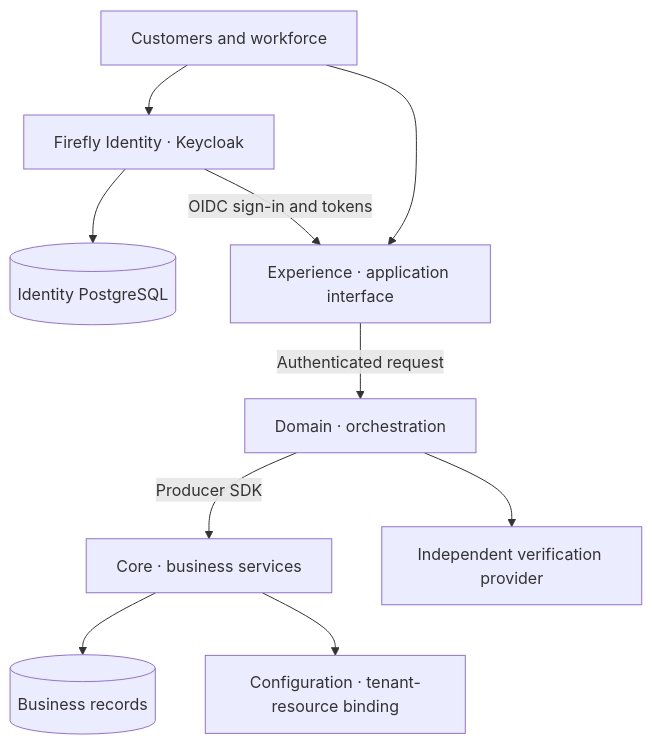
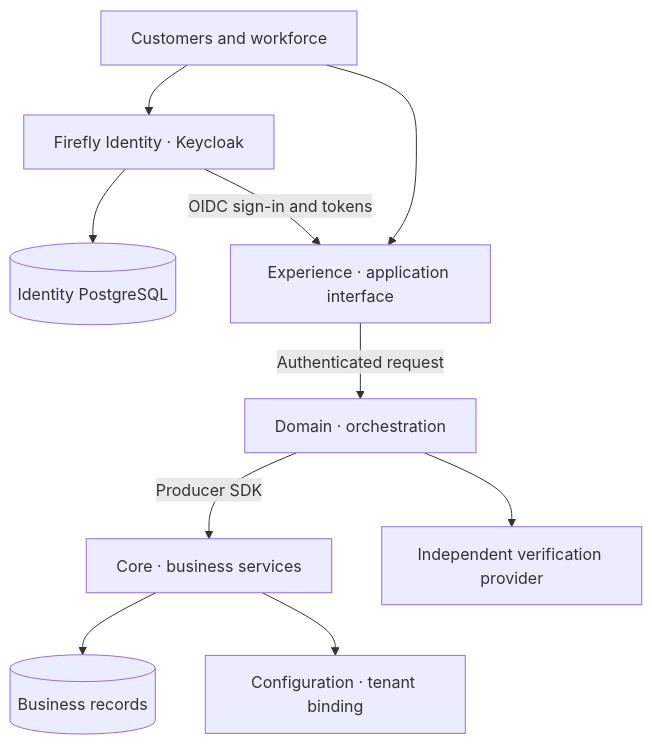
Before and after one commit to fireflysoftwaresolutions/firefly-id: the diagram in docs/architecture.md, drawn with Mermaid. The commit also changed 15 other files, not shown here.

Commit message:
Enforce production client controls and qualify every handbook diagram

````diff
--- a/docs/architecture.md
+++ b/docs/architecture.md
@@ -7,12 +7,12 @@
 ```mermaid
 flowchart TD
     People[Customers and workforce] --> Identity[Firefly Identity · Keycloak]
     Identity --> IdentityDB[(Identity PostgreSQL)]
     People --> Experience[Experience · application interface]
     Identity -->|OIDC sign-in and tokens| Experience
     Experience -->|Authenticated request| Domain[Domain · orchestration]
     Domain -->|Producer SDK| Core[Core · business services]
     Core --> BusinessDB[(Business records)]
     Domain --> Provider[Independent verification provider]
-    Core --> Configuration[Configuration · tenant-resource binding]
+    Core --> Configuration[Configuration · tenant binding]
 ```
````
